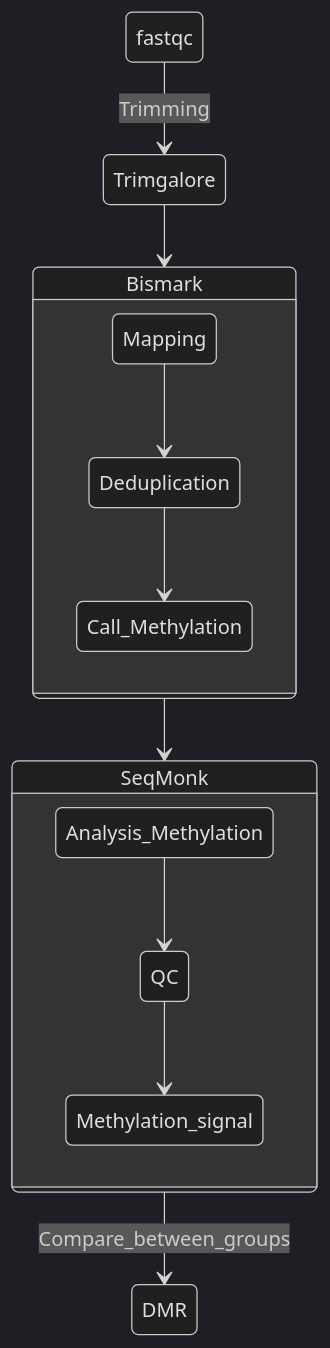
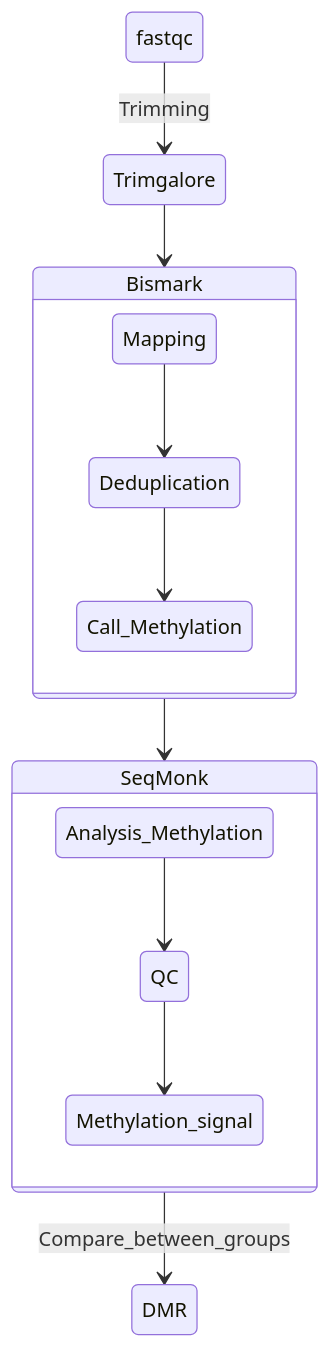
One commit to wzuhou/WCS_BSseq_codes changed the diagram in README.md. Above: the diagram before and after it, drawn with Mermaid.

````diff
--- a/README.md
+++ b/README.md
@@ -10,16 +10,16 @@
 ```mermaid
-%%{init: {'theme':'dark'}}%%
+%%{init: {'theme':'default'}}%%
 stateDiagram-v2
     fastqc --> Trimgalore : Trimming
     Trimgalore --> Bismark
     state Bismark{
     Mapping --> Deduplication
     Deduplication --> Call_Methylation
     }
     Bismark --> SeqMonk
     state SeqMonk {
     Analysis_Methylation --> QC
     QC --> Methylation_signal
     }
     SeqMonk --> DMR :Compare_between_groups
 ```
````
